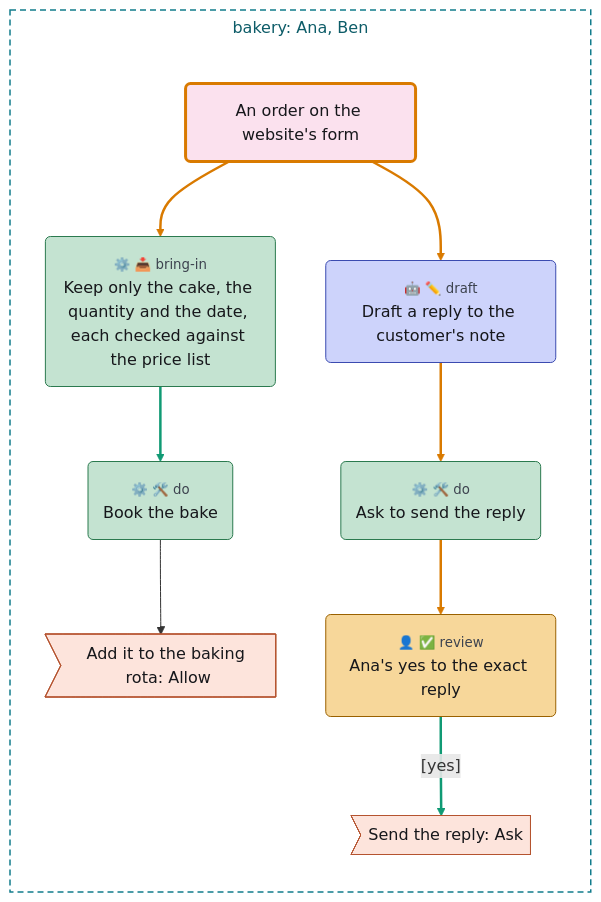
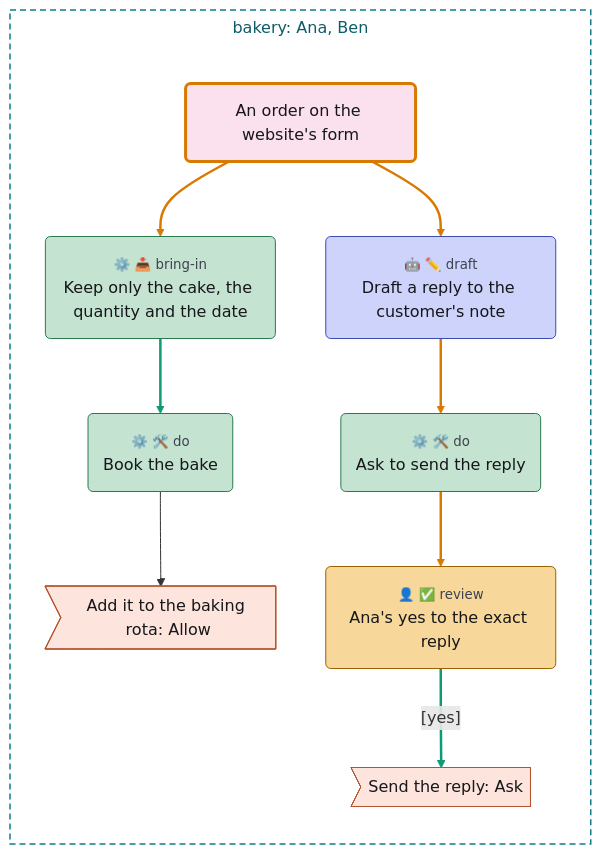
One commit to chrismdp/awml changed the diagram in examples/tour/14-untrusted-text.mmd. Above: the diagram before and after it, drawn with Mermaid. The commit also changed 109 other files, not shown here.

```diff
--- a/examples/tour/14-untrusted-text.mmd
+++ b/examples/tour/14-untrusted-text.mmd
@@ -1,50 +1,50 @@
 ---
 config:
   theme: default
   fontFamily: Inter, sans-serif
   flowchart:
     useMaxWidth: false
     subGraphTitleMargin:
       top: 6
       bottom: 30
 ---
 flowchart TB
   subgraph bakery["bakery#58; Ana#44; Ben"]
     direction TB
     form("An order on the website#39;s form")
-    keep("<small style='color:rgb(61,67,79)'>⚙️ 📥 bring-in</small><br>Keep only the cake#44; the quantity and the date#44; each checked against the price list")
+    keep("<small style='color:rgb(61,67,79)'>⚙️ 📥 bring-in</small><br>Keep only the cake#44; the quantity and the date")
     book("<small style='color:rgb(61,67,79)'>⚙️ 🛠️ do</small><br>Book the bake")
     rota>"Add it to the baking rota#58; Allow"]
     draft("<small style='color:rgb(61,67,79)'>🤖 ✏️ draft</small><br>Draft a reply to the customer#39;s note")
     ask("<small style='color:rgb(61,67,79)'>⚙️ 🛠️ do</small><br>Ask to send the reply")
     approve("<small style='color:rgb(61,67,79)'>👤 ✅ review</small><br>Ana#39;s yes to the exact reply")
     send>"Send the reply#58; Ask"]
   end
 
   form --> keep
   keep --> book
   book --> rota
   form --> draft
   draft --> ask
   ask --> approve
   approve -->|"#91;yes#93;"| send
   classDef trig fill:#fbe1ee,stroke:#a33a74,color:#16171b
   classDef ctx fill:#e2eef9,stroke:#3d6fa3,color:#16171b
   classDef con fill:#eceef2,stroke:#5d6472,color:#16171b
   classDef surf fill:#ffffff,stroke:#2a2d35,stroke-width:1.5px,color:#16171b
   classDef out fill:#fde4dc,stroke:#b5532f,color:#16171b
   classDef ai fill:#cdd3fb,stroke:#3b4bb0,color:#16171b
   classDef code fill:#c4e3d1,stroke:#2b7a4f,color:#16171b
   classDef person fill:#f7d79a,stroke:#9a6100,color:#16171b
   classDef gap fill:#ffffff,stroke:#8a93a3,stroke-dasharray:4 3,color:#6b7280
   classDef untrusted stroke:#d97a00,stroke-width:3px
   classDef unstopped stroke:#d0342c,stroke-width:3px
   class form trig
   class rota,send out
   class draft ai
   class keep,book,ask code
   class approve person
   class form untrusted
   style bakery fill:transparent,stroke:#127c8c,stroke-width:1.5px,stroke-dasharray:6 4,color:#0d5c68
   linkStyle 0,3,4,5 stroke:#d97a00,stroke-width:2.5px
   linkStyle 1,6 stroke:#109a74,stroke-width:2.5px
```
